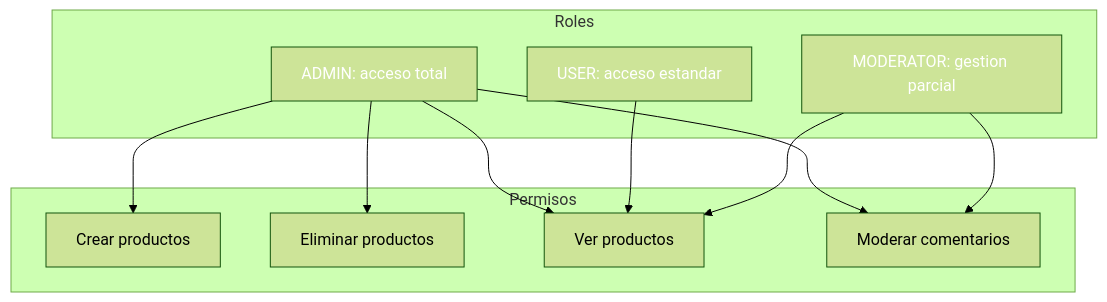
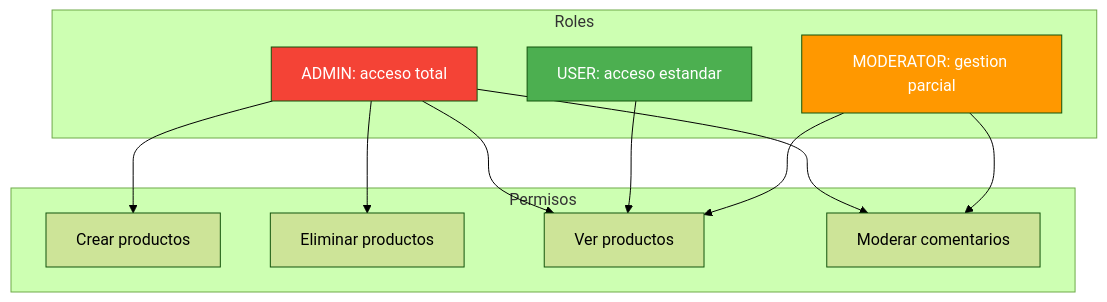
One commit to joseluisgs/DesarrolloWebEntornosServidor-02-2026-2027 changed the seventh of 14 diagrams in 17-autorizacion.md. Above: the diagram before and after it, drawn with Mermaid (forest theme). The commit also changed other lines of this file and 29 other files, not shown here.

Commit message:
docs: corregir estilos Mermaid y estilo, quitar referencias a la Tienda y reestructurar los retos 13 y 15

````diff
--- a/17-autorizacion.md
+++ b/17-autorizacion.md
@@ -209,27 +209,27 @@
 ```mermaid
 flowchart TD
     subgraph "Roles"
         ADMIN["ADMIN: acceso total"]
         USER["USER: acceso estandar"]
         MOD["MODERATOR: gestion parcial"]
     end
 
     subgraph "Permisos"
         P1["Crear productos"]
         P2["Eliminar productos"]
         P3["Ver productos"]
         P4["Moderar comentarios"]
     end
 
     ADMIN --> P1
     ADMIN --> P2
     ADMIN --> P3
     ADMIN --> P4
     USER --> P3
     MOD --> P3
     MOD --> P4
 
-    style ADMIN fill:#f4433,color:#fff6,color:#fff
-    style USER fill:#4CAF5,color:#fff0,color:#fff
-    style MOD fill:#FF980,color:#fff0,color:#fff
+    style ADMIN fill:#f44336,color:#fff
+    style USER fill:#4CAF50,color:#fff
+    style MOD fill:#FF9800,color:#fff
 ```
````
